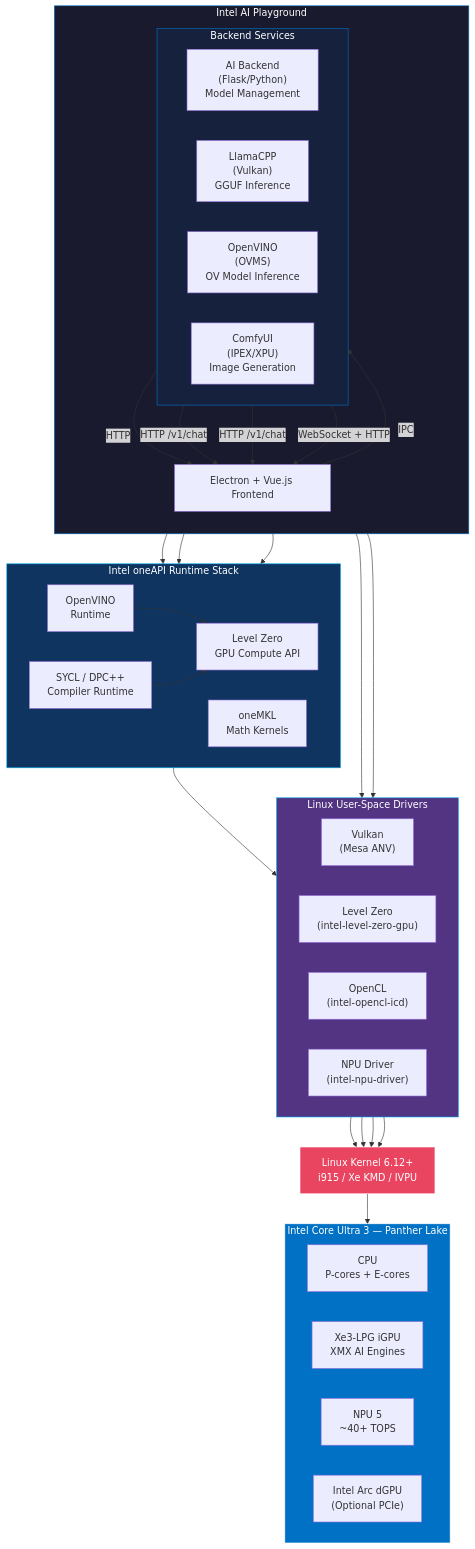
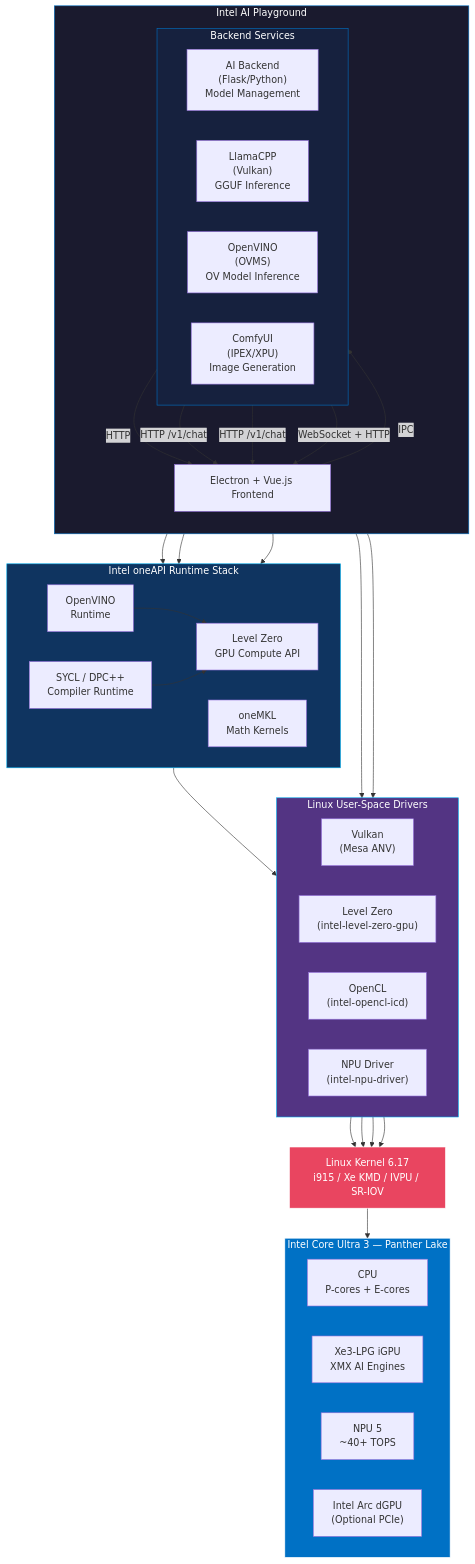
One commit to krishnajs/AI-Playground changed the fourth of 7 diagrams in docs/linux-porting-proposal.md. Above: the diagram before and after it, drawn with Mermaid. The commit also changed other lines of this file, not shown here.

First line of the commit message:
docs: target Linux 6.17, add SR-IOV & NPU notes

````diff
--- a/docs/linux-porting-proposal.md
+++ b/docs/linux-porting-proposal.md
@@ -537,68 +595,68 @@
 ```mermaid
 graph TD
     subgraph APP["Intel AI Playground"]
         direction TB
         UI["Electron + Vue.js Frontend"]
         
         subgraph BACKENDS["Backend Services"]
             direction LR
             AIB["AI Backend\n(Flask/Python)\nModel Management"]
             LLAMA["LlamaCPP\n(Vulkan)\nGGUF Inference"]
             OV["OpenVINO\n(OVMS)\nOV Model Inference"]
             COMFY["ComfyUI\n(IPEX/XPU)\nImage Generation"]
         end
     end
 
     subgraph RUNTIME["Intel oneAPI Runtime Stack"]
         direction LR
         SYCL["SYCL / DPC++\nCompiler Runtime"]
         MKL["oneMKL\nMath Kernels"]
         L0["Level Zero\nGPU Compute API"]
         OVRT["OpenVINO\nRuntime"]
     end
 
     subgraph DRIVERS["Linux User-Space Drivers"]
         direction LR
         VK["Vulkan\n(Mesa ANV)"]
         LZD["Level Zero\n(intel-level-zero-gpu)"]
         OCL["OpenCL\n(intel-opencl-icd)"]
         NPUD["NPU Driver\n(intel-npu-driver)"]
     end
 
-    KERNEL["Linux Kernel 6.12+\ni915 / Xe KMD / IVPU"]
+    KERNEL["Linux Kernel 6.17\ni915 / Xe KMD / IVPU / SR-IOV"]
 
     subgraph HW["Intel Core Ultra 3 — Panther Lake"]
         direction LR
         CPU["CPU\nP-cores + E-cores"]
         iGPU["Xe3-LPG iGPU\nXMX AI Engines"]
         NPU["NPU 5\n~40+ TOPS"]
         ARC["Intel Arc dGPU\n(Optional PCIe)"]
     end
 
     UI -->|IPC| BACKENDS
     AIB -->|HTTP| UI
     LLAMA -->|HTTP /v1/chat| UI
     OV -->|HTTP /v1/chat| UI
     COMFY -->|WebSocket + HTTP| UI
 
     LLAMA --> VK
     OV --> OVRT
     COMFY --> SYCL
     COMFY --> MKL
     OV --> NPUD
     OVRT --> L0
     OVRT --> NPUD
     SYCL --> L0
     VK --> KERNEL
     LZD --> KERNEL
     OCL --> KERNEL
     NPUD --> KERNEL
     KERNEL --> HW
 
     style APP fill:#1a1a2e,color:#fff,stroke:#0071c5
     style BACKENDS fill:#16213e,color:#fff,stroke:#0071c5
     style RUNTIME fill:#0f3460,color:#fff,stroke:#00aeef
     style DRIVERS fill:#533483,color:#fff,stroke:#00aeef
     style HW fill:#0071c5,color:#fff,stroke:#fff
     style KERNEL fill:#e94560,color:#fff,stroke:#fff
 ```
````
